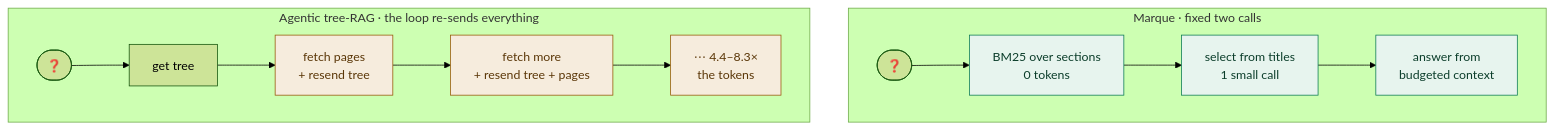
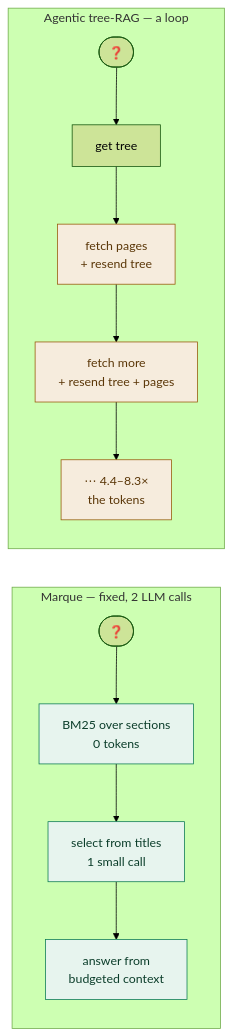
Before and after one commit to Reasonic/Marque: the third of 3 diagrams in README.md, drawn with Mermaid (forest theme). The commit also changed other lines of this file, not shown here.

Commit message:
README diagrams: drop the index tree, make pipeline diagram two vertical columns
- Removed the index-tree Mermaid from The Index (kept the JSON).
- Reworked the pipeline-vs-loop diagram from wide horizontal rows into two narrow
  vertical columns side by side, so it's readable instead of overflowing width.

Three diagrams remain: reconstruct-vs-read (Introduction), tier cascade + pipeline
(How It Works).

````diff
--- a/README.md
+++ b/README.md
@@ -60,15 +60,20 @@
 ```mermaid
-flowchart TD
-    subgraph m ["Marque · fixed two calls"]
-        direction LR
-        mq(["❓"]) --> b1["BM25 over sections<br/>0 tokens"] --> s1["select from titles<br/>1 small call"] --> a1["answer from<br/>budgeted context"]
+flowchart LR
+    subgraph m ["Marque — fixed, 2 LLM calls"]
+        direction TB
+        mq(["❓"]) --> b1["BM25 over sections<br/>0 tokens"]
+        b1 --> s1["select from titles<br/>1 small call"]
+        s1 --> a1["answer from<br/>budgeted context"]
     end
-    subgraph l ["Agentic tree-RAG · the loop re-sends everything"]
-        direction LR
-        lq(["❓"]) --> g1["get tree"] --> g2["fetch pages<br/>+ resend tree"] --> g3["fetch more<br/>+ resend tree + pages"] --> g4["⋯ 4.4–8.3×<br/>the tokens"]
+    subgraph l ["Agentic tree-RAG — a loop"]
+        direction TB
+        lq(["❓"]) --> g1["get tree"]
+        g1 --> g2["fetch pages<br/>+ resend tree"]
+        g2 --> g3["fetch more<br/>+ resend tree + pages"]
+        g3 --> g4["⋯ 4.4–8.3×<br/>the tokens"]
     end
     classDef fixed fill:#e7f4ee,stroke:#0b7a53,color:#0b3d2a;
     classDef costly fill:#f6ecdd,stroke:#97590a,color:#5a3607;
     class b1,s1,a1 fixed
     class g2,g3,g4 costly
 ```
````
